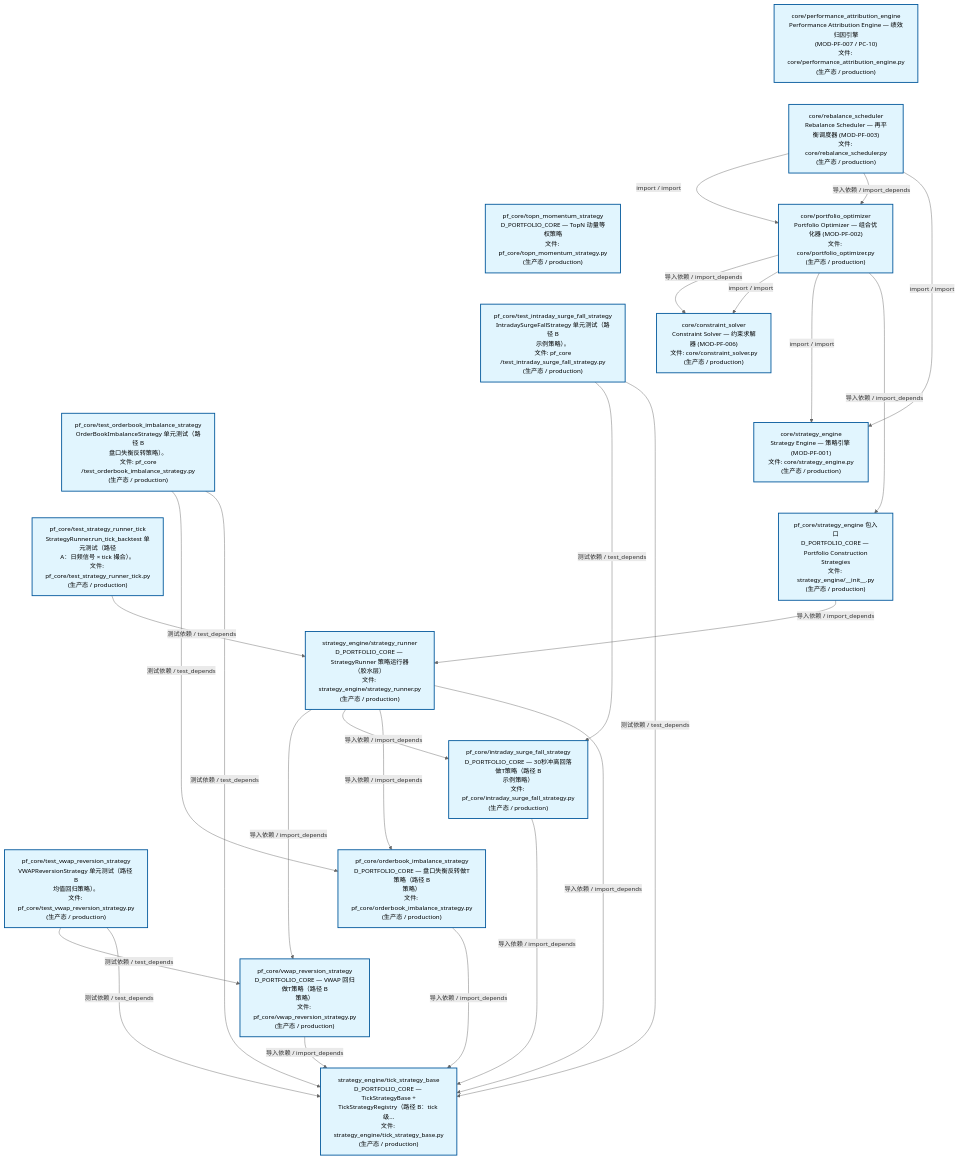
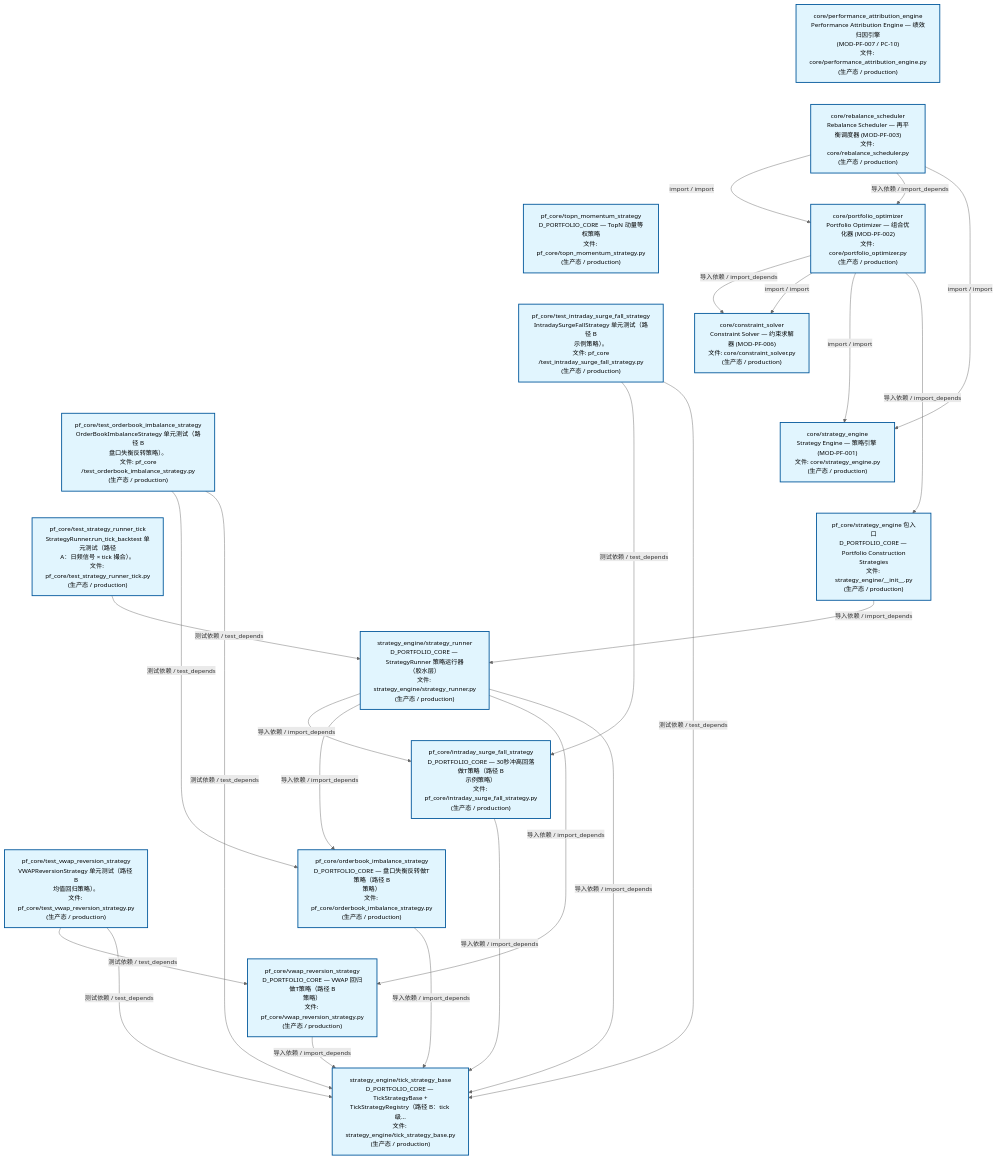
The second of 3 diagrams in docs/02_enterprise_architecture/02_domain_architecture_docs/63_d_pf_core.md (xuanFelixVan/ZephyrAlpha), drawn with Mermaid before and after one commit. The commit also changed other lines of this file and 46 other files, not shown here.

````diff
--- a/docs/02_enterprise_architecture/02_domain_architecture_docs/63_d_pf_core.md
+++ b/docs/02_enterprise_architecture/02_domain_architecture_docs/63_d_pf_core.md
@@ -139,57 +139,57 @@
 ```mermaid
 %%{init: {'theme': 'base', 'themeVariables': {'primaryColor': '#eaeaea', 'primaryTextColor': '#333333', 'primaryBorderColor': '#666666', 'lineColor': '#666666', 'secondaryColor': '#eaeaea', 'tertiaryColor': '#eaeaea', 'fontSize': '14px'}}}%%
 flowchart TD
     src_zephyr_pf_core_core_performance_attribution_engine_py["core/performance_attribution_engine<br/>Performance Attribution Engine — 绩效归因引擎<br/>(MOD-PF-007 / PC-10)<br/>文件: core/performance_attribution_engine.py<br/>(生产态 / production)"]
     src_zephyr_pf_core_core_rebalance_scheduler_py["core/rebalance_scheduler<br/>Rebalance Scheduler — 再平衡调度器 (MOD-PF-003)<br/>文件: core/rebalance_scheduler.py<br/>(生产态 / production)"]
     src_zephyr_pf_core_topn_momentum_strategy_py["pf_core/topn_momentum_strategy<br/>D_PORTFOLIO_CORE — TopN 动量等权策略<br/>文件: pf_core/topn_momentum_strategy.py<br/>(生产态 / production)"]
     tests_pf_core_test_intraday_surge_fall_strategy_py["pf_core/test_intraday_surge_fall_strategy<br/>IntradaySurgeFallStrategy 单元测试（路径 B<br/>示例策略）。<br/>文件: pf_core<br/>/test_intraday_surge_fall_strategy.py<br/>(生产态 / production)"]
     tests_pf_core_test_orderbook_imbalance_strategy_py["pf_core/test_orderbook_imbalance_strategy<br/>OrderBookImbalanceStrategy 单元测试（路径 B<br/>盘口失衡反转策略）。<br/>文件: pf_core<br/>/test_orderbook_imbalance_strategy.py<br/>(生产态 / production)"]
     tests_pf_core_test_strategy_runner_tick_py["pf_core/test_strategy_runner_tick<br/>StrategyRunner.run_tick_backtest 单元测试（路径<br/>A：日频信号 × tick 撮合）。<br/>文件: pf_core/test_strategy_runner_tick.py<br/>(生产态 / production)"]
     tests_pf_core_test_vwap_reversion_strategy_py["pf_core/test_vwap_reversion_strategy<br/>VWAPReversionStrategy 单元测试（路径 B<br/>均值回归策略）。<br/>文件: pf_core/test_vwap_reversion_strategy.py<br/>(生产态 / production)"]
     src_zephyr_pf_core_core_performance_attribution_engine_py ~~~ src_zephyr_pf_core_core_rebalance_scheduler_py
     src_zephyr_pf_core_core_rebalance_scheduler_py ~~~ src_zephyr_pf_core_topn_momentum_strategy_py
     src_zephyr_pf_core_topn_momentum_strategy_py ~~~ tests_pf_core_test_intraday_surge_fall_strategy_py
     tests_pf_core_test_intraday_surge_fall_strategy_py ~~~ tests_pf_core_test_orderbook_imbalance_strategy_py
     tests_pf_core_test_orderbook_imbalance_strategy_py ~~~ tests_pf_core_test_strategy_runner_tick_py
     tests_pf_core_test_strategy_runner_tick_py ~~~ tests_pf_core_test_vwap_reversion_strategy_py
     src_zephyr_pf_core_core_portfolio_optimizer_py["core/portfolio_optimizer<br/>Portfolio Optimizer — 组合优化器 (MOD-PF-002)<br/>文件: core/portfolio_optimizer.py<br/>(生产态 / production)"]
     src_zephyr_pf_core_core_constraint_solver_py["core/constraint_solver<br/>Constraint Solver — 约束求解器 (MOD-PF-006)<br/>文件: core/constraint_solver.py<br/>(生产态 / production)"]
     src_zephyr_pf_core_core_strategy_engine_py["core/strategy_engine<br/>Strategy Engine — 策略引擎 (MOD-PF-001)<br/>文件: core/strategy_engine.py<br/>(生产态 / production)"]
     src_zephyr_pf_core_strategy_engine_init_py["pf_core/strategy_engine 包入口<br/>D_PORTFOLIO_CORE — Portfolio Construction<br/>Strategies<br/>文件: strategy_engine/__init__.py<br/>(生产态 / production)"]
     src_zephyr_pf_core_core_constraint_solver_py ~~~ src_zephyr_pf_core_core_strategy_engine_py
     src_zephyr_pf_core_core_strategy_engine_py ~~~ src_zephyr_pf_core_strategy_engine_init_py
     src_zephyr_pf_core_strategy_engine_strategy_runner_py["strategy_engine/strategy_runner<br/>D_PORTFOLIO_CORE — StrategyRunner 策略运行器<br/>（胶水层）<br/>文件: strategy_engine/strategy_runner.py<br/>(生产态 / production)"]
     src_zephyr_pf_core_intraday_surge_fall_strategy_py["pf_core/intraday_surge_fall_strategy<br/>D_PORTFOLIO_CORE — 30秒冲高回落做T策略（路径 B<br/>示例策略）<br/>文件: pf_core/intraday_surge_fall_strategy.py<br/>(生产态 / production)"]
     src_zephyr_pf_core_orderbook_imbalance_strategy_py["pf_core/orderbook_imbalance_strategy<br/>D_PORTFOLIO_CORE — 盘口失衡反转做T策略（路径 B<br/>策略）<br/>文件: pf_core/orderbook_imbalance_strategy.py<br/>(生产态 / production)"]
     src_zephyr_pf_core_vwap_reversion_strategy_py["pf_core/vwap_reversion_strategy<br/>D_PORTFOLIO_CORE — VWAP 回归做T策略（路径 B<br/>策略）<br/>文件: pf_core/vwap_reversion_strategy.py<br/>(生产态 / production)"]
     src_zephyr_pf_core_intraday_surge_fall_strategy_py ~~~ src_zephyr_pf_core_orderbook_imbalance_strategy_py
     src_zephyr_pf_core_orderbook_imbalance_strategy_py ~~~ src_zephyr_pf_core_vwap_reversion_strategy_py
     src_zephyr_pf_core_strategy_engine_tick_strategy_base_py["strategy_engine/tick_strategy_base<br/>D_PORTFOLIO_CORE — TickStrategyBase +<br/>TickStrategyRegistry（路径 B：tick 级...<br/>文件: strategy_engine/tick_strategy_base.py<br/>(生产态 / production)"]
-    src_zephyr_pf_core_vwap_reversion_strategy_py -->|导入依赖 / import_depends| src_zephyr_pf_core_strategy_engine_tick_strategy_base_py
     src_zephyr_pf_core_intraday_surge_fall_strategy_py -->|导入依赖 / import_depends| src_zephyr_pf_core_strategy_engine_tick_strategy_base_py
     src_zephyr_pf_core_orderbook_imbalance_strategy_py -->|导入依赖 / import_depends| src_zephyr_pf_core_strategy_engine_tick_strategy_base_py
+    src_zephyr_pf_core_vwap_reversion_strategy_py -->|导入依赖 / import_depends| src_zephyr_pf_core_strategy_engine_tick_strategy_base_py
     src_zephyr_pf_core_core_portfolio_optimizer_py -->|导入依赖 / import_depends| src_zephyr_pf_core_core_constraint_solver_py
     src_zephyr_pf_core_core_portfolio_optimizer_py -->|import / import| src_zephyr_pf_core_core_constraint_solver_py
     src_zephyr_pf_core_core_portfolio_optimizer_py -->|import / import| src_zephyr_pf_core_core_strategy_engine_py
     src_zephyr_pf_core_core_portfolio_optimizer_py -->|导入依赖 / import_depends| src_zephyr_pf_core_strategy_engine_init_py
-    src_zephyr_pf_core_strategy_engine_strategy_runner_py -->|导入依赖 / import_depends| src_zephyr_pf_core_vwap_reversion_strategy_py
-    src_zephyr_pf_core_strategy_engine_strategy_runner_py -->|导入依赖 / import_depends| src_zephyr_pf_core_intraday_surge_fall_strategy_py
-    src_zephyr_pf_core_strategy_engine_strategy_runner_py -->|导入依赖 / import_depends| src_zephyr_pf_core_orderbook_imbalance_strategy_py
-    src_zephyr_pf_core_strategy_engine_strategy_runner_py -->|导入依赖 / import_depends| src_zephyr_pf_core_strategy_engine_tick_strategy_base_py
     src_zephyr_pf_core_core_rebalance_scheduler_py -->|import / import| src_zephyr_pf_core_core_portfolio_optimizer_py
     src_zephyr_pf_core_core_rebalance_scheduler_py -->|导入依赖 / import_depends| src_zephyr_pf_core_core_portfolio_optimizer_py
     src_zephyr_pf_core_core_rebalance_scheduler_py -->|import / import| src_zephyr_pf_core_core_strategy_engine_py
     src_zephyr_pf_core_strategy_engine_init_py -->|导入依赖 / import_depends| src_zephyr_pf_core_strategy_engine_strategy_runner_py
+    src_zephyr_pf_core_strategy_engine_strategy_runner_py -->|导入依赖 / import_depends| src_zephyr_pf_core_intraday_surge_fall_strategy_py
+    src_zephyr_pf_core_strategy_engine_strategy_runner_py -->|导入依赖 / import_depends| src_zephyr_pf_core_orderbook_imbalance_strategy_py
+    src_zephyr_pf_core_strategy_engine_strategy_runner_py -->|导入依赖 / import_depends| src_zephyr_pf_core_vwap_reversion_strategy_py
+    src_zephyr_pf_core_strategy_engine_strategy_runner_py -->|导入依赖 / import_depends| src_zephyr_pf_core_strategy_engine_tick_strategy_base_py
+    tests_pf_core_test_orderbook_imbalance_strategy_py -->|测试依赖 / test_depends| src_zephyr_pf_core_orderbook_imbalance_strategy_py
+    tests_pf_core_test_orderbook_imbalance_strategy_py -->|测试依赖 / test_depends| src_zephyr_pf_core_strategy_engine_tick_strategy_base_py
     tests_pf_core_test_intraday_surge_fall_strategy_py -->|测试依赖 / test_depends| src_zephyr_pf_core_intraday_surge_fall_strategy_py
     tests_pf_core_test_intraday_surge_fall_strategy_py -->|测试依赖 / test_depends| src_zephyr_pf_core_strategy_engine_tick_strategy_base_py
-    tests_pf_core_test_orderbook_imbalance_strategy_py -->|测试依赖 / test_depends| src_zephyr_pf_core_orderbook_imbalance_strategy_py
-    tests_pf_core_test_orderbook_imbalance_strategy_py -->|测试依赖 / test_depends| src_zephyr_pf_core_strategy_engine_tick_strategy_base_py
+    tests_pf_core_test_strategy_runner_tick_py -->|测试依赖 / test_depends| src_zephyr_pf_core_strategy_engine_strategy_runner_py
     tests_pf_core_test_vwap_reversion_strategy_py -->|测试依赖 / test_depends| src_zephyr_pf_core_vwap_reversion_strategy_py
     tests_pf_core_test_vwap_reversion_strategy_py -->|测试依赖 / test_depends| src_zephyr_pf_core_strategy_engine_tick_strategy_base_py
-    tests_pf_core_test_strategy_runner_tick_py -->|测试依赖 / test_depends| src_zephyr_pf_core_strategy_engine_strategy_runner_py
     classDef production fill:#e1f5fe,stroke:#01579b,stroke-width:2px,color:#000
     classDef design fill:#fff3e0,stroke:#e65100,stroke-width:2px,color:#000,stroke-dasharray: 5 5
     classDef external_prod fill:#e8f4fd,stroke:#0277bd,stroke-width:1px,color:#000
     classDef external_design fill:#fff8e7,stroke:#ef6c00,stroke-width:1px,color:#000,stroke-dasharray: 5 5
     class src_zephyr_pf_core_core_constraint_solver_py,src_zephyr_pf_core_core_performance_attribution_engine_py,src_zephyr_pf_core_core_portfolio_optimizer_py,src_zephyr_pf_core_core_rebalance_scheduler_py,src_zephyr_pf_core_core_strategy_engine_py,src_zephyr_pf_core_intraday_surge_fall_strategy_py,src_zephyr_pf_core_orderbook_imbalance_strategy_py,src_zephyr_pf_core_strategy_engine_init_py,src_zephyr_pf_core_strategy_engine_strategy_runner_py,src_zephyr_pf_core_strategy_engine_tick_strategy_base_py,src_zephyr_pf_core_topn_momentum_strategy_py,src_zephyr_pf_core_vwap_reversion_strategy_py,tests_pf_core_test_intraday_surge_fall_strategy_py,tests_pf_core_test_orderbook_imbalance_strategy_py,tests_pf_core_test_strategy_runner_tick_py,tests_pf_core_test_vwap_reversion_strategy_py production
 ```
````
